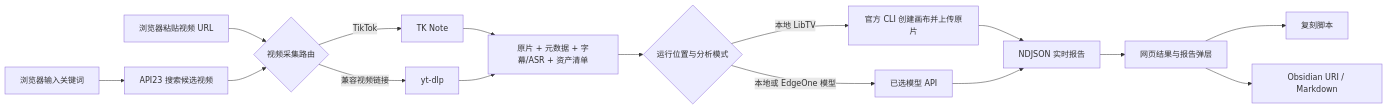
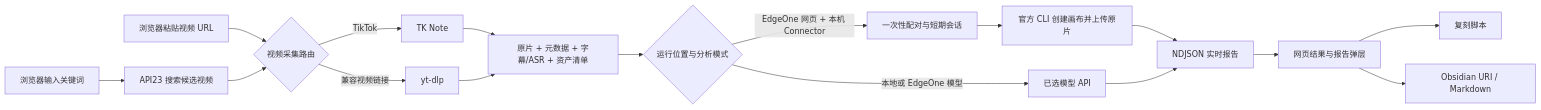
One commit to chongchonghaoman/ViralX changed the diagram in README.md. Above: the diagram before and after it, drawn with Mermaid. The commit also changed other lines of this file and 22 other files, not shown here.

````diff
--- a/README.md
+++ b/README.md
@@ -157,18 +158,19 @@
 ```mermaid
 flowchart LR
     A[浏览器输入关键词] --> B[API23 搜索候选视频]
     U[浏览器粘贴视频 URL] --> C{视频采集路由}
     B --> C
     C -->|TikTok| D[TK Note]
     C -->|兼容视频链接| E[yt-dlp]
     D --> F[原片 + 元数据 + 字幕/ASR + 资产清单]
     E --> F
     F --> G{运行位置与分析模式}
-    G -->|本地 LibTV| L[官方 CLI 创建画布并上传原片]
+    G -->|EdgeOne 网页 + 本机 Connector| Q[一次性配对与短期会话]
+    Q --> L[官方 CLI 创建画布并上传原片]
     G -->|本地或 EdgeOne 模型| M[已选模型 API]
     L --> H[NDJSON 返回画布入口]
     M --> H[NDJSON 实时报告]
     H --> I[网页结果与报告弹层]
     I --> J[复刻脚本]
     I --> K[Obsidian URI / Markdown]
 ```
````
